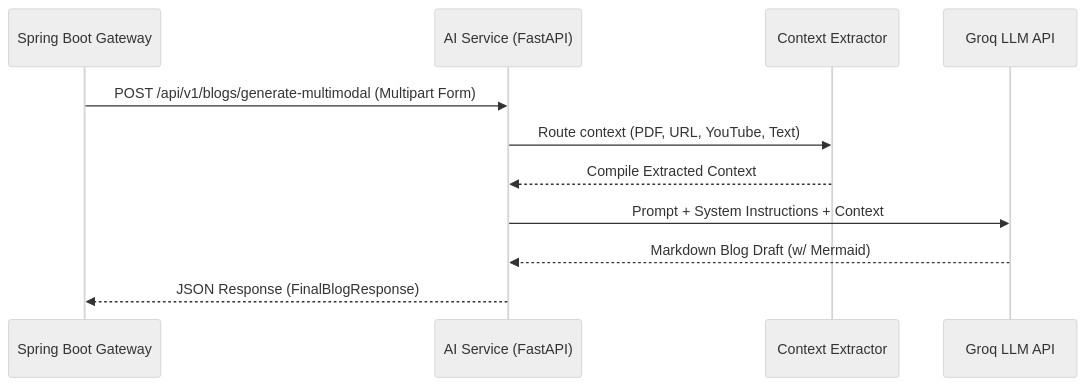
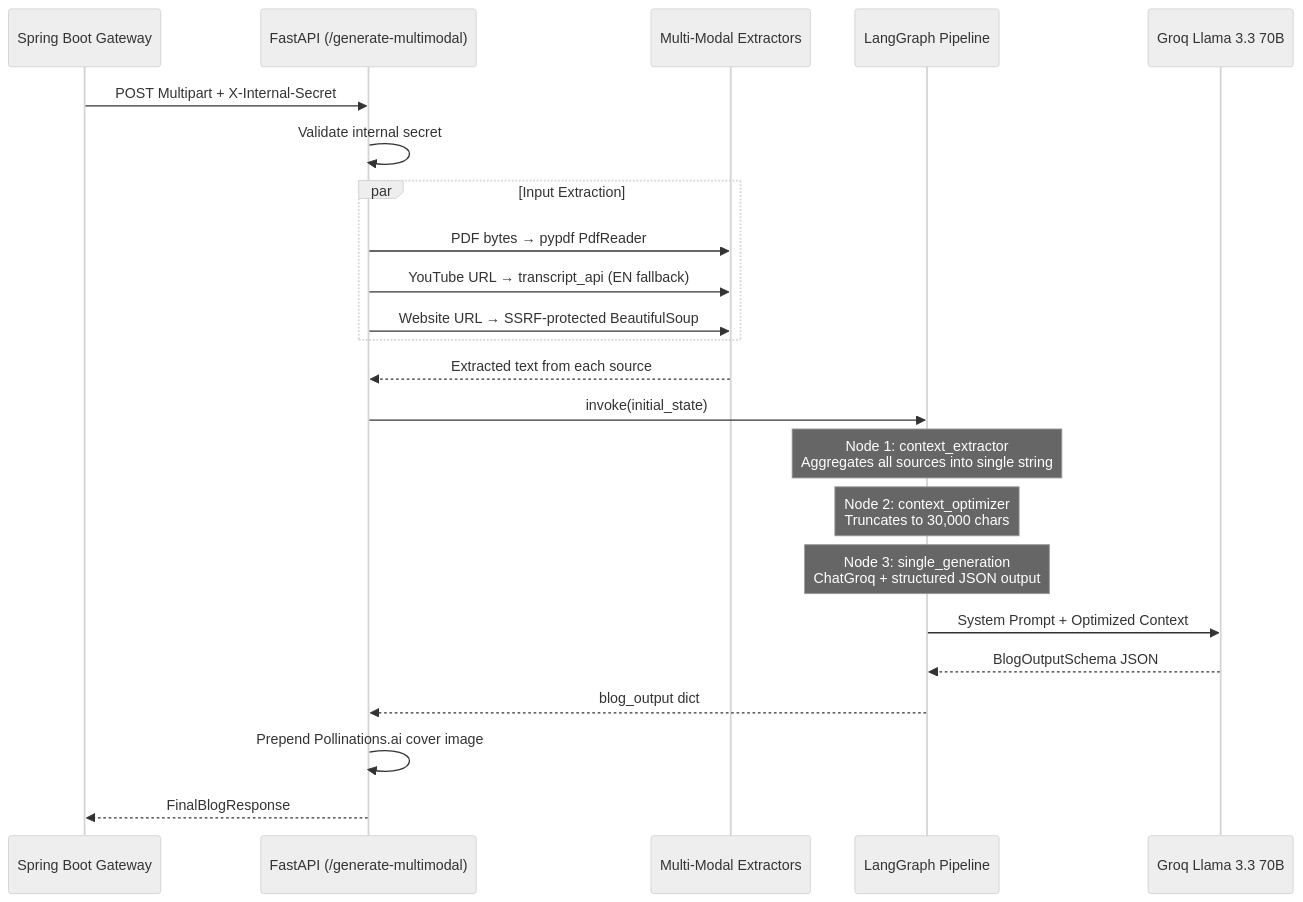
Before and after one commit to amanshukla2004/Agentic_blog_generation_Saas: the diagram in ai-service/README.md, drawn with Mermaid (neutral theme). The commit also changed other lines of this file and 15 other files, not shown here.

Commit message:
feat: implement Master Admin management dashboard and API endpoints for system administration

````diff
--- a/ai-service/README.md
+++ b/ai-service/README.md
@@ -16,14 +11,32 @@
 ```mermaid
 sequenceDiagram
     participant Gateway as Spring Boot Gateway
-    participant FastAPI as AI Service (FastAPI)
-    participant Extractor as Context Extractor
-    participant Groq as Groq LLM API
+    participant API as FastAPI (/generate-multimodal)
+    participant Extract as Multi-Modal Extractors
+    participant Graph as LangGraph Pipeline
+    participant LLM as Groq Llama 3.3 70B
+
+    Gateway->>API: POST Multipart + X-Internal-Secret
+    API->>API: Validate internal secret
     
-    Gateway->>FastAPI: POST /api/v1/blogs/generate-multimodal (Multipart Form)
-    FastAPI->>Extractor: Route context (PDF, URL, YouTube, Text)
-    Extractor-->>FastAPI: Compile Extracted Context
-    FastAPI->>Groq: Prompt + System Instructions + Context
-    Groq-->>FastAPI: Markdown Blog Draft (w/ Mermaid)
-    FastAPI-->>Gateway: JSON Response (FinalBlogResponse)
+    par Input Extraction
+        API->>Extract: PDF bytes → pypdf PdfReader
+        API->>Extract: YouTube URL → transcript_api (EN fallback)
+        API->>Extract: Website URL → SSRF-protected BeautifulSoup
+    end
+    
+    Extract-->>API: Extracted text from each source
+    
+    API->>Graph: invoke(initial_state)
+    
+    Note over Graph: Node 1: context_extractor<br>Aggregates all sources into single string
+    Note over Graph: Node 2: context_optimizer<br>Truncates to 30,000 chars
+    Note over Graph: Node 3: single_generation<br>ChatGroq + structured JSON output
+    
+    Graph->>LLM: System Prompt + Optimized Context
+    LLM-->>Graph: BlogOutputSchema JSON
+    Graph-->>API: blog_output dict
+    
+    API->>API: Prepend Pollinations.ai cover image
+    API-->>Gateway: FinalBlogResponse
 ```
````
